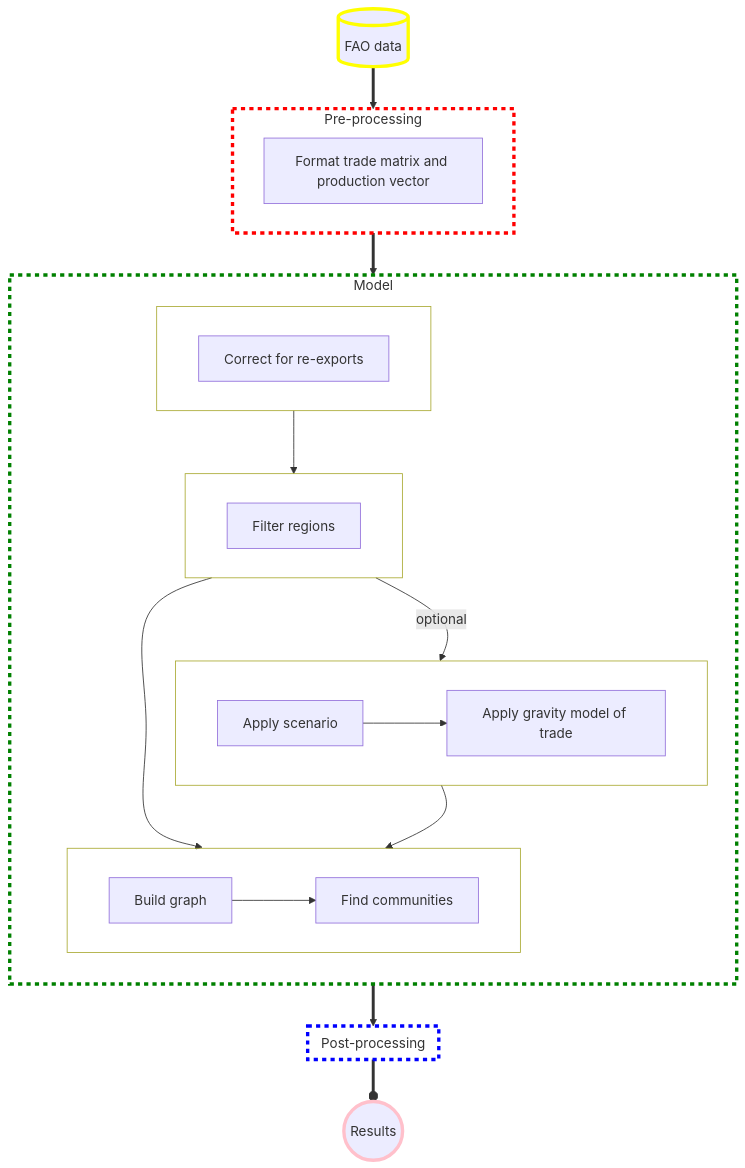
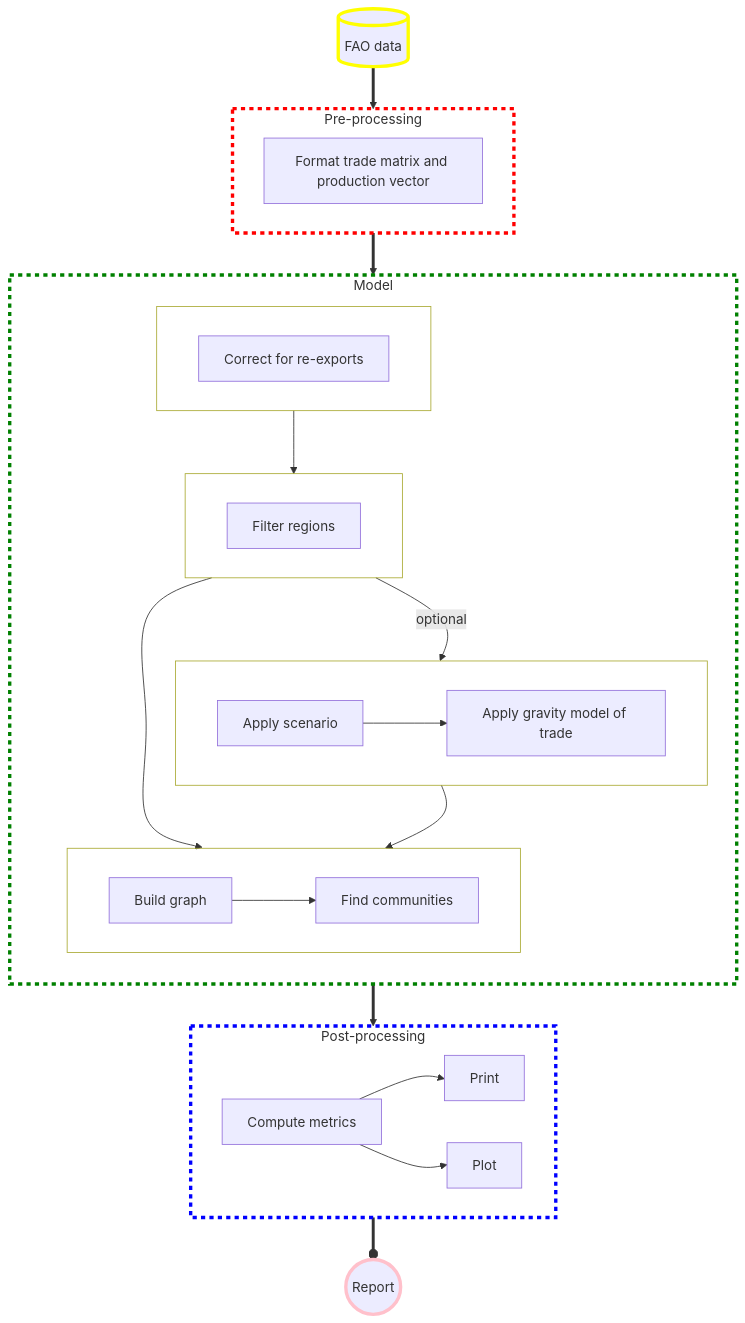
The diagram in README.md (lukaszgajewski/pytradeshifts), drawn with Mermaid before and after one commit. The commit also changed other lines of this file and 1 other file, not shown here.

Commit message:
update flowchart

````diff
--- a/README.md
+++ b/README.md
@@ -49,48 +49,50 @@
 ```mermaid
 %%{ init: { 'flowchart': { 'curve': 'natural' } } }%%
 flowchart TD
     subgraph id_pre [Pre-processing]
     direction LR
     id_pre_3[Format trade matrix and production vector]
     end
     subgraph id_mod [Model]
     direction TB
         subgraph id_mod_sub_1 [" "]
         direction LR
         id_mod_4[Correct for re-exports]
         end
         id_mod_sub_1 --> id_mod_sub_2
         subgraph id_mod_sub_2 [" "]
         direction LR
         id_mod_6[Filter regions]
         end
         id_mod_sub_2 -->|optional| id_mod_sub_3
         id_mod_sub_2 --> id_mod_sub_4
         subgraph id_mod_sub_3 [" "]
         id_mod_8[Apply scenario]
         id_mod_9[Apply gravity model of trade]
         id_mod_8 --> id_mod_9
         end
         id_mod_sub_3 --> id_mod_sub_4
         subgraph id_mod_sub_4 [" "]
         id_mod_10[Build graph] --> id_mod_11[Find communities]
         end
     end
     subgraph id_pos [Post-processing]
     direction LR
+    id_pos_1[Compute metrics] --> id_pos_2[Print]
+    id_pos_1 --> id_pos_3[Plot]
     end
     FAO[(FAO data)] ==> id_pre
     id_pre ==> id_mod
     id_mod ==> id_pos
-    id_pos ==o RES((Results))
+    id_pos ==o RES((Report))
 
     style id_pre fill:None,stroke:red,stroke-width:4px,stroke-dasharray: 5 5
     style id_mod fill:None,stroke:green,stroke-width:4px,stroke-dasharray: 5 5
     style id_pos fill:None,stroke:blue,stroke-width:4px,stroke-dasharray: 5 5
     style id_mod_sub_1 fill:None
     style id_mod_sub_2 fill:None
     style id_mod_sub_3 fill:None
     style id_mod_sub_4 fill:None
     style RES stroke:pink,stroke-width:4px
     style FAO stroke:yellow,stroke-width:4px
 ```
````
